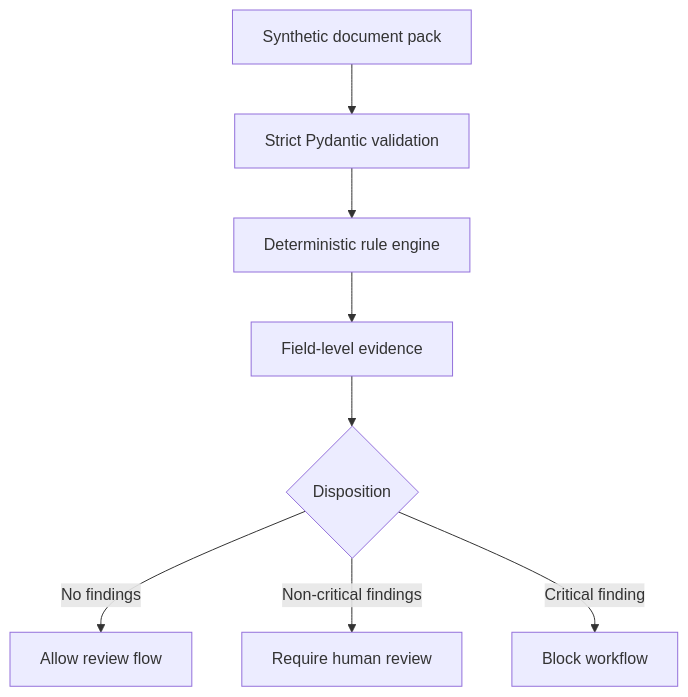
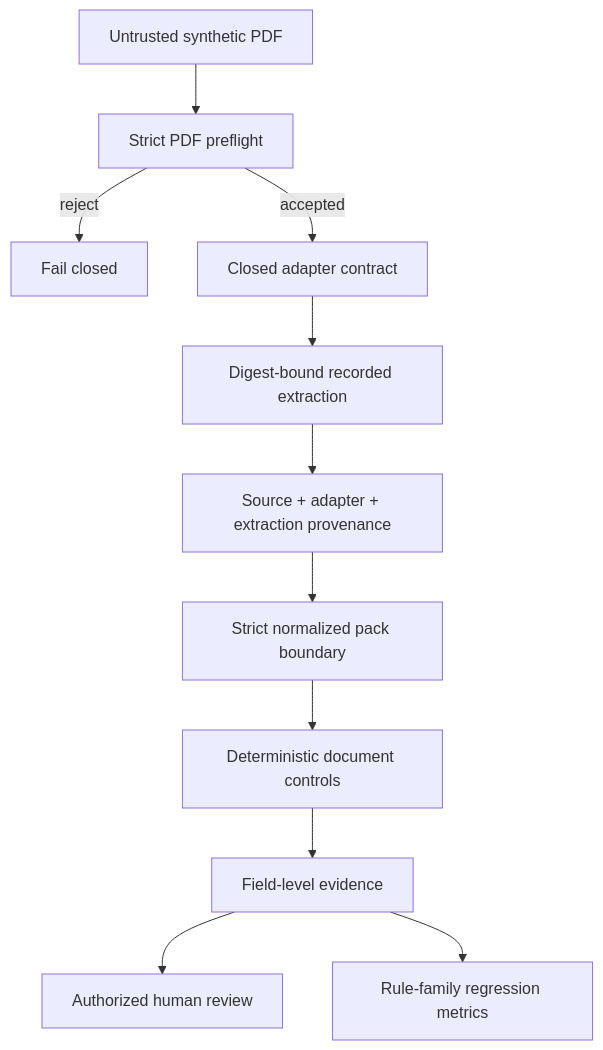
Before and after one commit to bilgekayali/structurax: the diagram in README.md, drawn with Mermaid. The commit also changed other lines of this file and 34 other files, not shown here.

````diff
--- a/README.md
+++ b/README.md
@@ -43,10 +27,13 @@
 ```mermaid
 flowchart TD
-    A["Synthetic document pack"] --> B["Strict Pydantic validation"]
-    B --> C["Deterministic rule engine"]
-    C --> D["Field-level evidence"]
-    D --> E{"Disposition"}
-    E -->|No findings| F["Allow review flow"]
-    E -->|Non-critical findings| G["Require human review"]
-    E -->|Critical finding| H["Block workflow"]
+    A["Untrusted synthetic PDF"] --> P["Strict PDF preflight"]
+    P -->|reject| X["Fail closed"]
+    P -->|accepted| I["Closed adapter contract"]
+    I --> R["Digest-bound recorded extraction"]
+    R --> V["Source + adapter + extraction provenance"]
+    V --> N["Strict normalized pack boundary"]
+    N --> D["Deterministic document controls"]
+    D --> E["Field-level evidence"]
+    E --> H["Authorized human review"]
+    E --> M["Rule-family regression metrics"]
 ```
````
